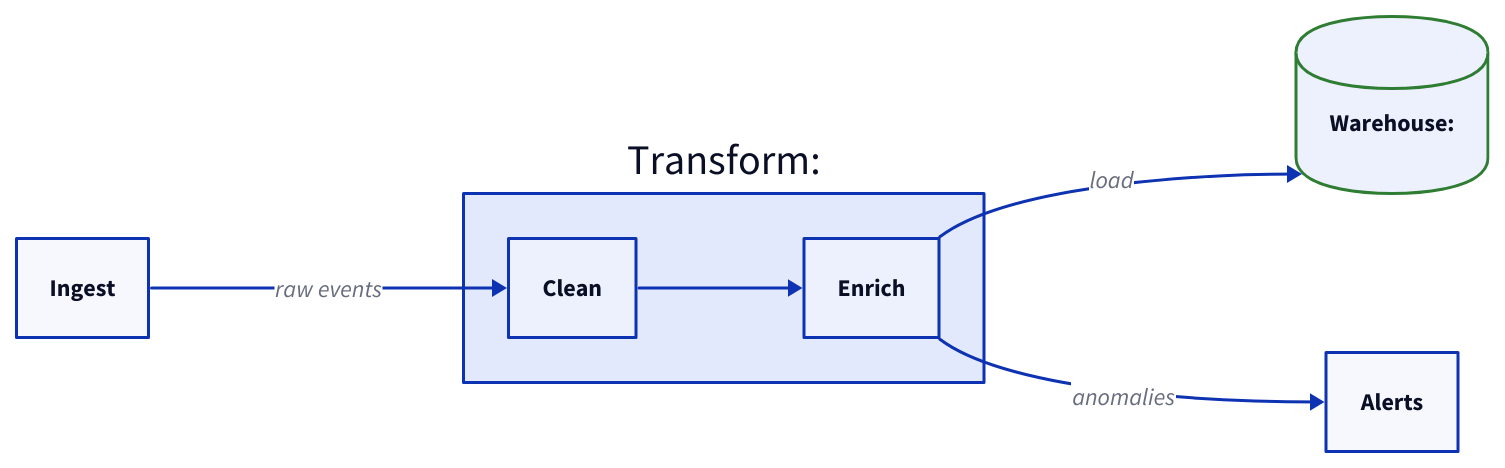
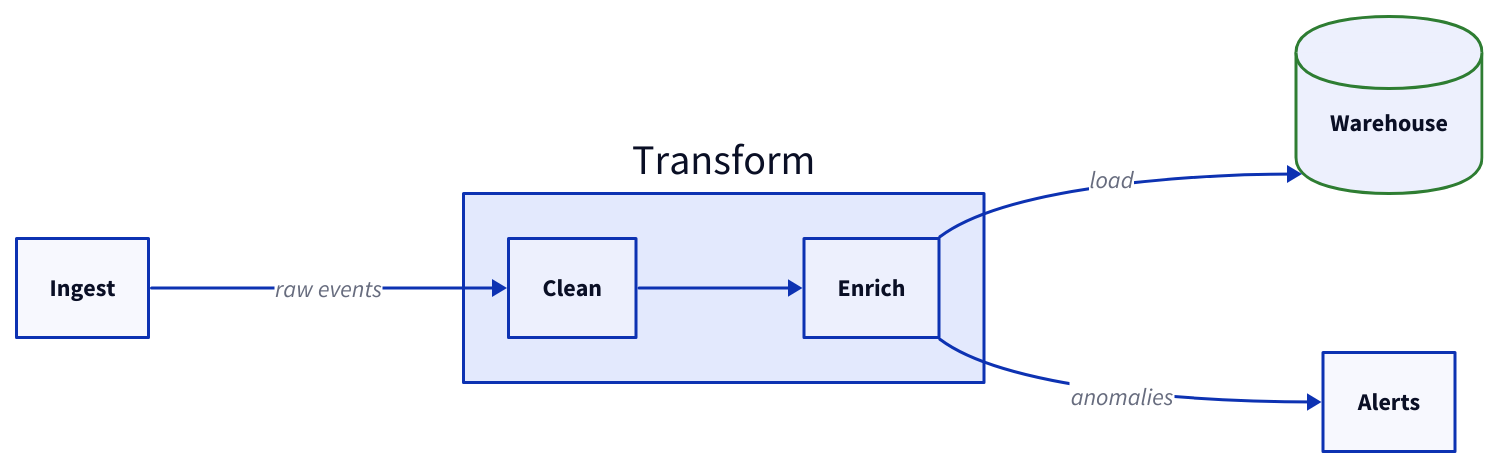
Before and after one commit to noamsto/agent-carousel: the ninth of 9 diagrams in adapters/claude-code/plugin/skills/diagrams/SKILL.md, drawn with D2. The commit also changed other lines of this file, not shown here.

Commit message:
fix(diagrams): correct example labels, sketch-via-hook framing, ELK claim

````diff
--- a/adapters/claude-code/plugin/skills/diagrams/SKILL.md
+++ b/adapters/claude-code/plugin/skills/diagrams/SKILL.md
@@ -238,17 +237,17 @@
 ```d2
 direction: right
 classes: {
   store: { shape: cylinder; style: { stroke: "#2E7D32"; stroke-width: 2 } }
 }
 ingest: Ingest
-transform: Transform: {
+transform: Transform {
   clean: Clean
   enrich: Enrich
   clean -> enrich
 }
-warehouse: Warehouse: { class: store }
+warehouse: Warehouse { class: store }
 alerts: Alerts
 ingest -> transform.clean: raw events
 transform.enrich -> warehouse: load
 transform.enrich -> alerts: anomalies
 ```
````
